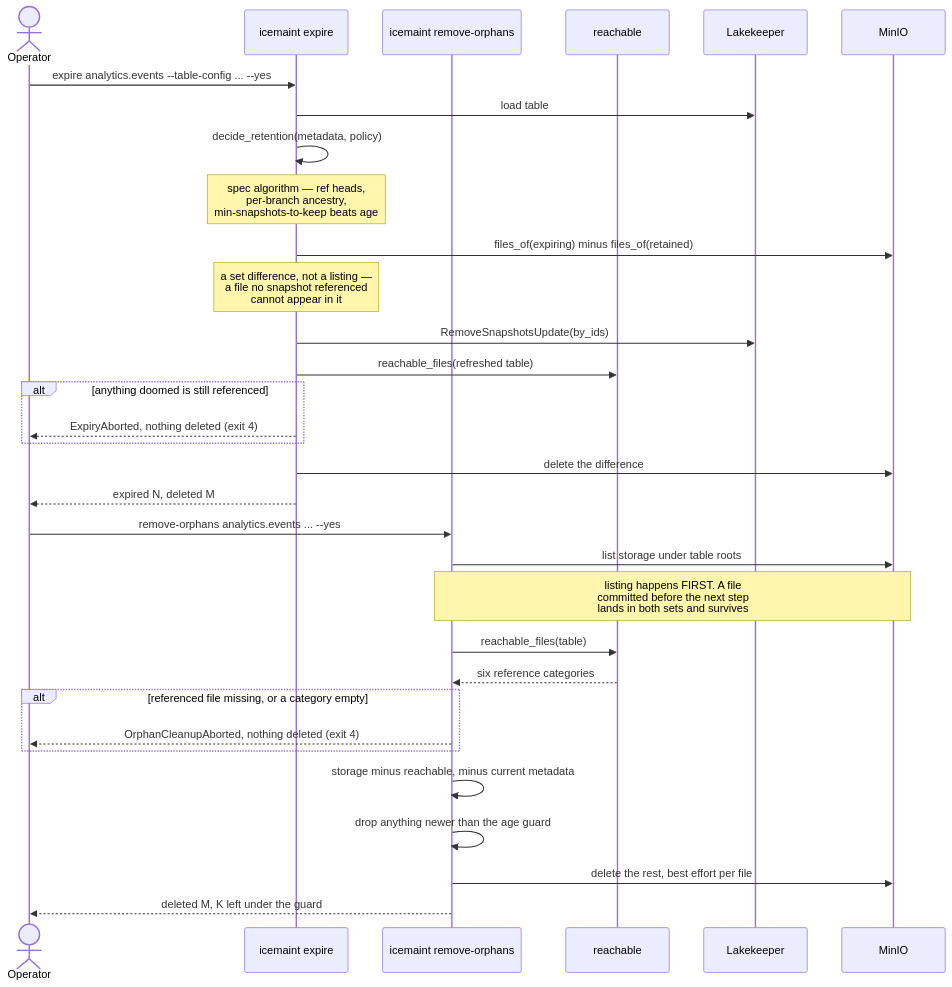
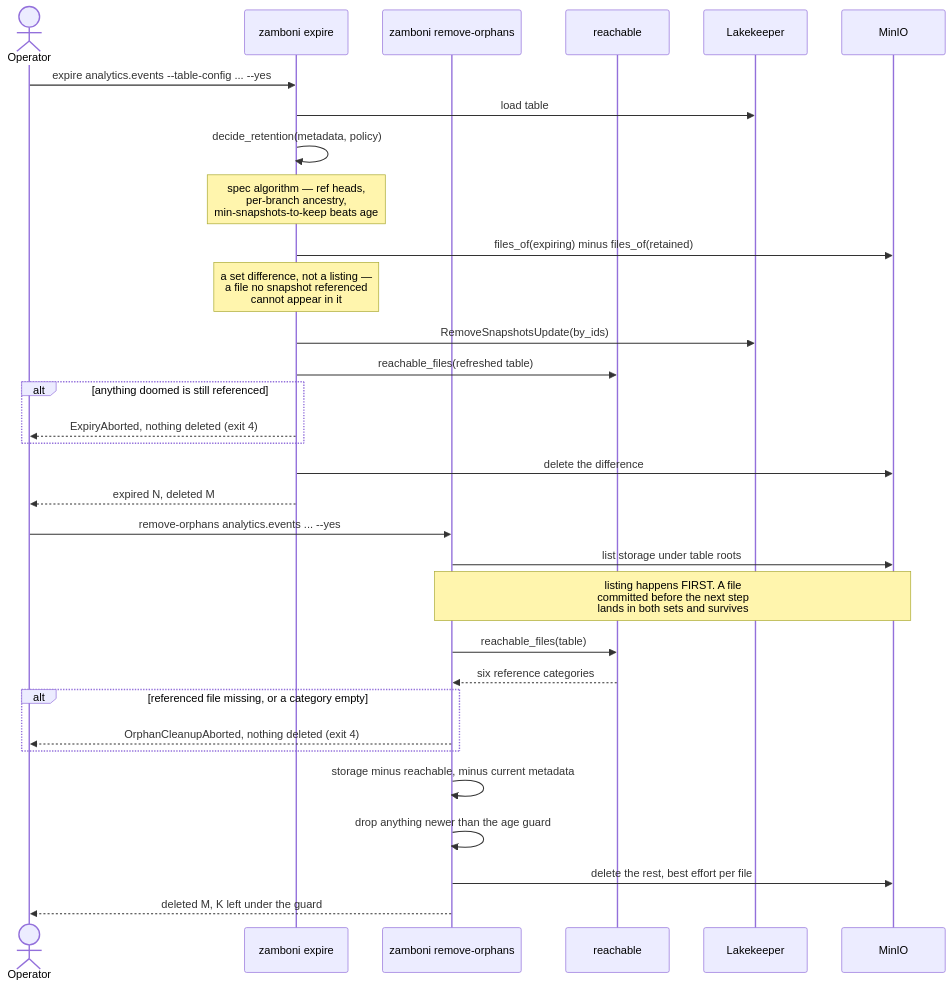
Before and after one commit to paulcaron16k/Zamboni: the sixth of 7 diagrams in docs/design.md, drawn with Mermaid. The commit also changed other lines of this file and 61 other files, not shown here.

First line of the commit message:
Rename the package icemaint -> zamboni

````diff
--- a/docs/design.md
+++ b/docs/design.md
@@ -432,36 +432,36 @@
 ```mermaid
 sequenceDiagram
     actor Op as Operator
-    participant EX as icemaint expire
-    participant OR as icemaint remove-orphans
+    participant EX as zamboni expire
+    participant OR as zamboni remove-orphans
     participant RE as reachable
     participant LK as Lakekeeper
     participant S3 as MinIO
 
     Op->>EX: expire analytics.events --table-config ... --yes
     EX->>LK: load table
     EX->>EX: decide_retention(metadata, policy)
     Note over EX: spec algorithm — ref heads,<br/>per-branch ancestry,<br/>min-snapshots-to-keep beats age
     EX->>S3: files_of(expiring) minus files_of(retained)
     Note over EX: a set difference, not a listing —<br/>a file no snapshot referenced<br/>cannot appear in it
     EX->>LK: RemoveSnapshotsUpdate(by_ids)
     EX->>RE: reachable_files(refreshed table)
     alt anything doomed is still referenced
         EX-->>Op: ExpiryAborted, nothing deleted (exit 4)
     end
     EX->>S3: delete the difference
     EX-->>Op: expired N, deleted M
 
     Op->>OR: remove-orphans analytics.events ... --yes
     OR->>S3: list storage under table roots
     Note over OR,S3: listing happens FIRST. A file<br/>committed before the next step<br/>lands in both sets and survives
     OR->>RE: reachable_files(table)
     RE-->>OR: six reference categories
     alt referenced file missing, or a category empty
         OR-->>Op: OrphanCleanupAborted, nothing deleted (exit 4)
     end
     OR->>OR: storage minus reachable, minus current metadata
     OR->>OR: drop anything newer than the age guard
     OR->>S3: delete the rest, best effort per file
     OR-->>Op: deleted M, K left under the guard
 ```
````
